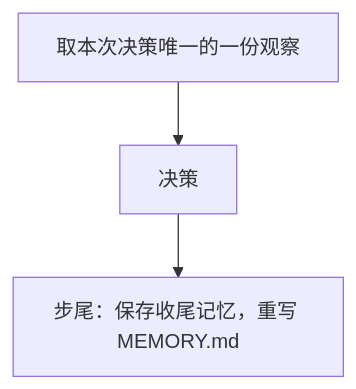
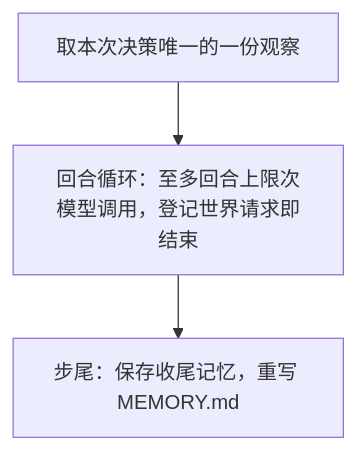
Before and after one commit to HoldThatThgt/WorldMock: the second of 2 diagrams in docs/design/06-agent.md, drawn with Mermaid. The commit also changed other lines of this file and 12 other files, not shown here.

````diff
--- a/docs/design/06-agent.md
+++ b/docs/design/06-agent.md
@@ -900,5 +898,5 @@
 ```mermaid
 flowchart TD
-    Observe[取本次决策唯一的一份观察] --> Decide[决策]
-    Decide --> Tail[步尾：保存收尾记忆，重写 MEMORY.md]
+    Observe[取本次决策唯一的一份观察] --> Turns[回合循环：至多回合上限次模型调用，登记世界请求即结束]
+    Turns --> Tail[步尾：保存收尾记忆，重写 MEMORY.md]
 ```
````
